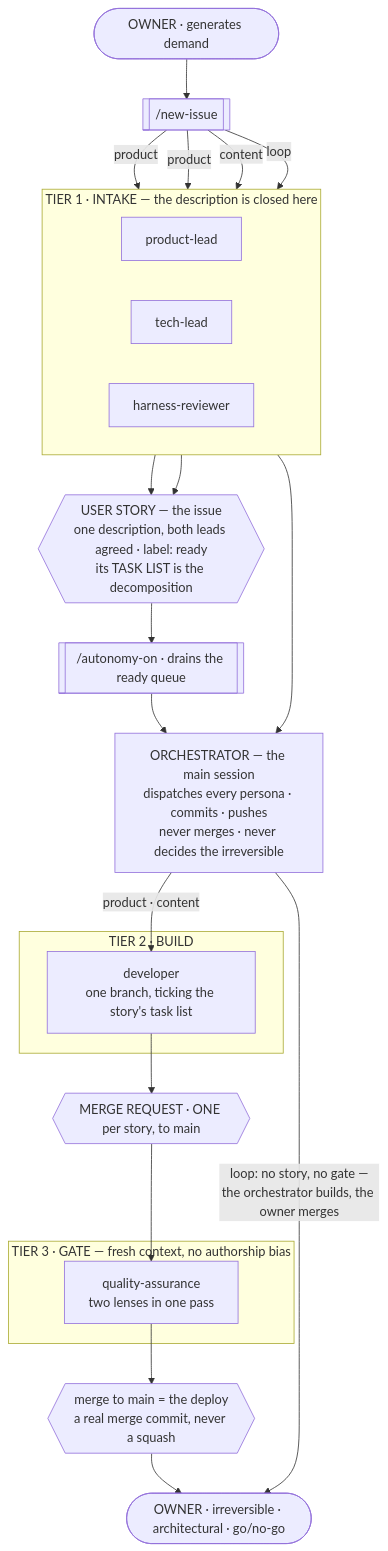
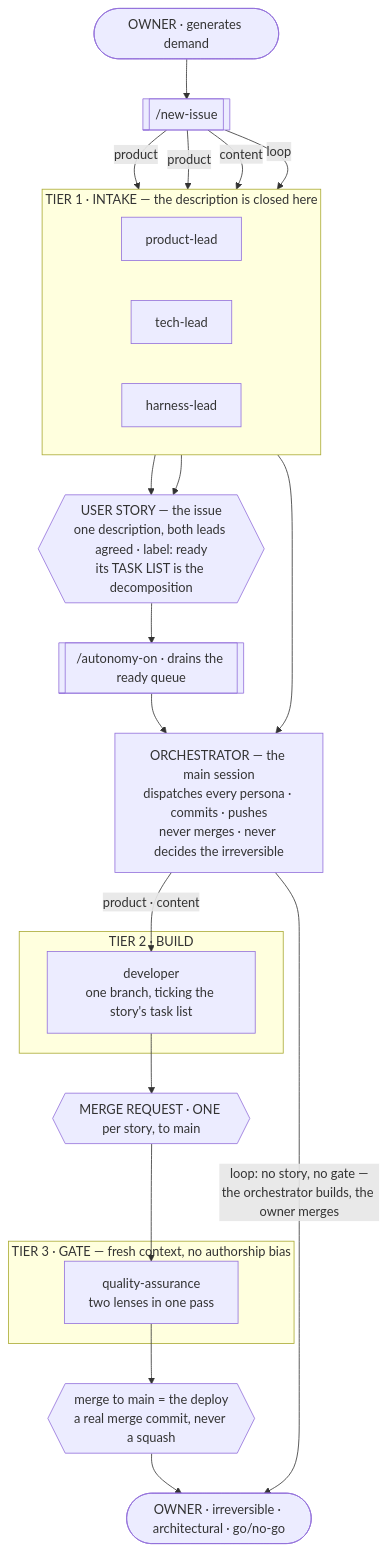
One commit to tedeuxx/tadeumendonca-skills changed the first of 4 diagrams in README.md. Above: the diagram before and after it, drawn with Mermaid. The commit also changed other lines of this file and 25 other files, not shown here.

````diff
--- a/README.md
+++ b/README.md
@@ -135,49 +135,49 @@
 ```mermaid
 flowchart TB
   O(["OWNER · generates demand"])
   NI[["/new-issue"]]
 
   subgraph T1["TIER 1 · INTAKE — the description is closed here"]
     direction LR
     PL["product-lead"]
     TL["tech-lead"]
-    HR["harness-reviewer"]
+    HR["harness-lead"]
   end
 
   US{{"USER STORY — the issue<br/>one description, both leads agreed · label: ready<br/>its TASK LIST is the decomposition"}}
   AO[["/autonomy-on · drains the ready queue"]]
 
   ORCH["ORCHESTRATOR — the main session<br/>dispatches every persona · commits · pushes<br/>never merges · never decides the irreversible"]
 
   subgraph T2["TIER 2 · BUILD"]
     DEV["developer<br/>one branch, ticking the story's task list"]
   end
 
   MR{{"MERGE REQUEST · ONE per story, to main"}}
 
   subgraph T3["TIER 3 · GATE — fresh context, no authorship bias"]
     QA["quality-assurance<br/>two lenses in one pass"]
   end
 
   M{{"merge to main = the deploy<br/>a real merge commit, never a squash"}}
   OUT(["OWNER · irreversible · architectural · go/no-go"])
 
   O --> NI
   NI -->|product| PL
   NI -->|product| TL
   NI -->|content| PL
   NI -->|loop| HR
 
   PL --> US
   TL --> US
   US --> AO
   AO --> ORCH
   ORCH -->|"product · content"| DEV
   DEV --> MR
   MR --> QA
   QA --> M
   M --> OUT
 
   HR --> ORCH
   ORCH -->|"loop: no story, no gate —<br/>the orchestrator builds, the owner merges"| OUT
 ```
````
